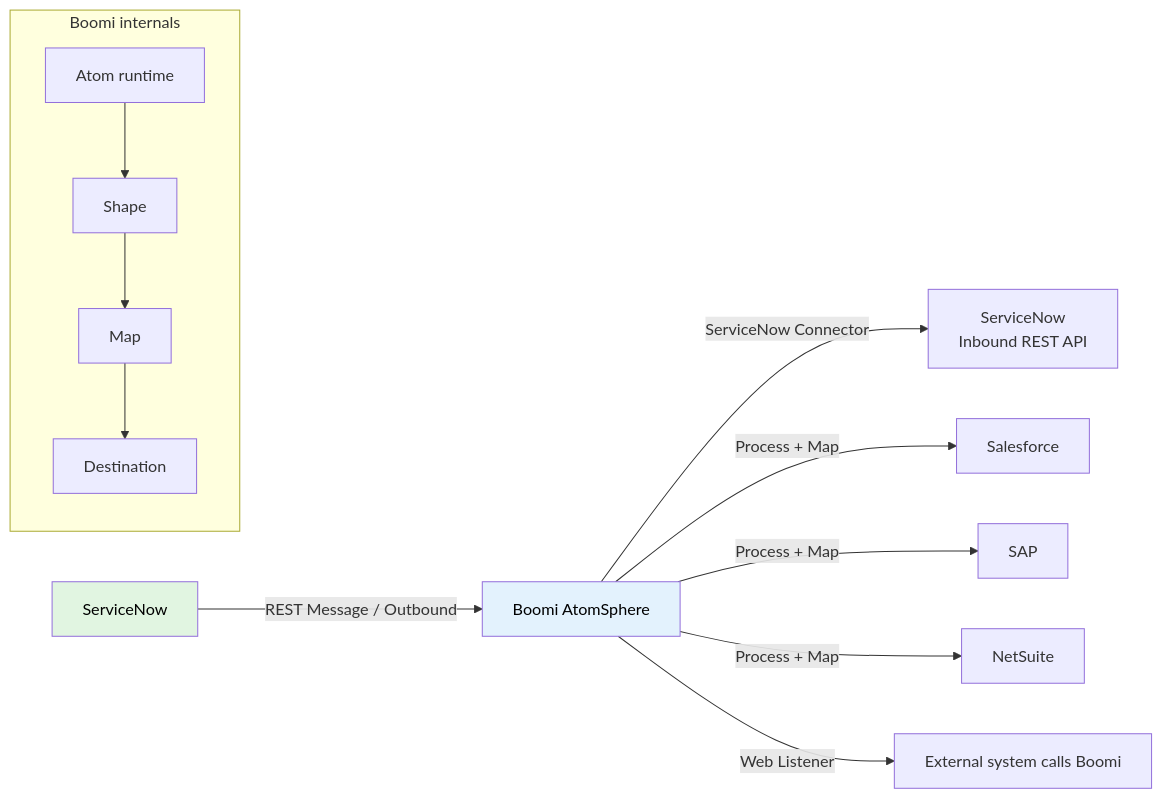
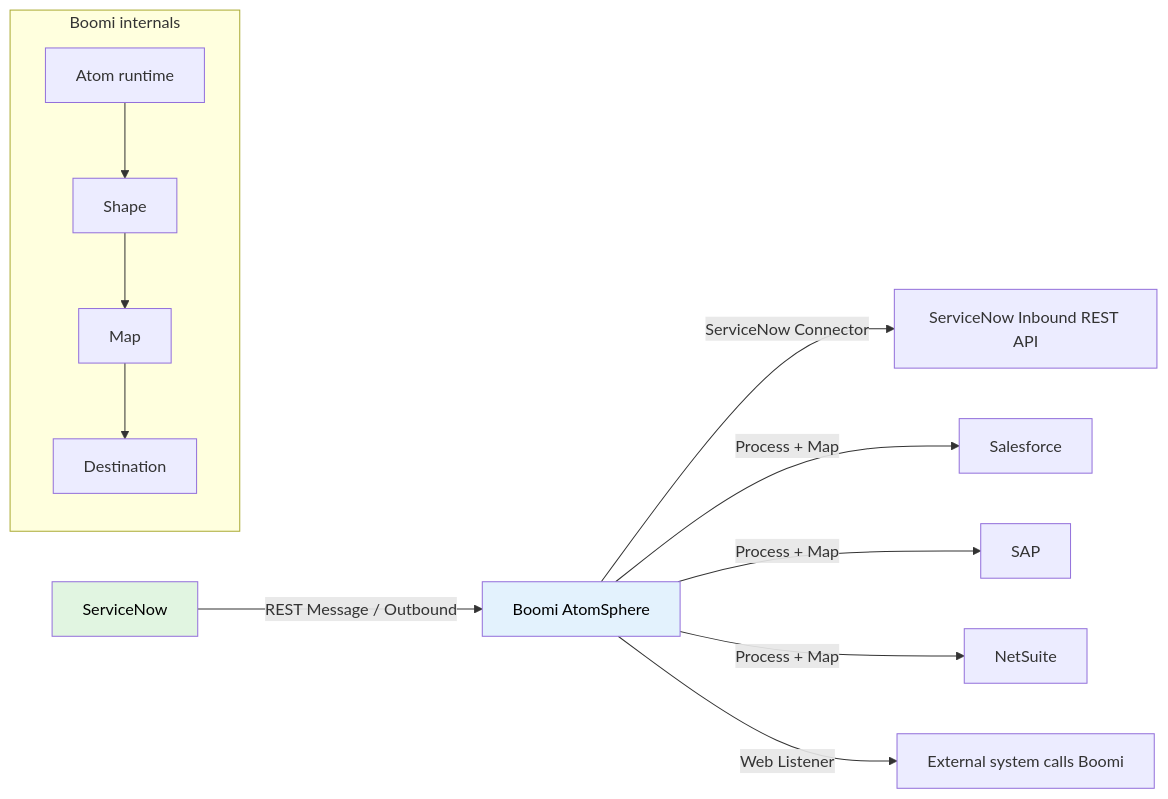
The first of 5 diagrams in docs/modules/other/other-guide.md (eltonaguiar/ServiceNow_Learning_TSOM-_CSM_FSM_SalesCRM_HAM_ITSM), drawn with Mermaid before and after one commit. The commit also changed other lines of this file and 11 other files, not shown here.

First line of the commit message:
Fix all mermaid diagrams: remove br/ tags that break rendering on GitHub Pages

````diff
--- a/docs/modules/other/other-guide.md
+++ b/docs/modules/other/other-guide.md
@@ -954,16 +954,16 @@
 ```mermaid
 graph LR
     SN[ServiceNow] -->|REST Message / Outbound| Boomi[Boomi AtomSphere]
-    Boomi -->|ServiceNow Connector| SN2[ServiceNow<br/>Inbound REST API]
+    Boomi -->|ServiceNow Connector| SN2[ServiceNow Inbound REST API]
     Boomi -->|Process + Map| Salesforce[Salesforce]
     Boomi -->|Process + Map| SAP[SAP]
     Boomi -->|Process + Map| NetSuite[NetSuite]
     Boomi -->|Web Listener| Ext[External system calls Boomi]
 
     subgraph Boomi internals
         Atom[Atom runtime] --> Shape[Shape] --> Map[Map] --> Dest[Destination]
     end
 
     style Boomi fill:#e3f2fd,color:#000
     style SN fill:#e1f5e1,color:#000
 ```
````
